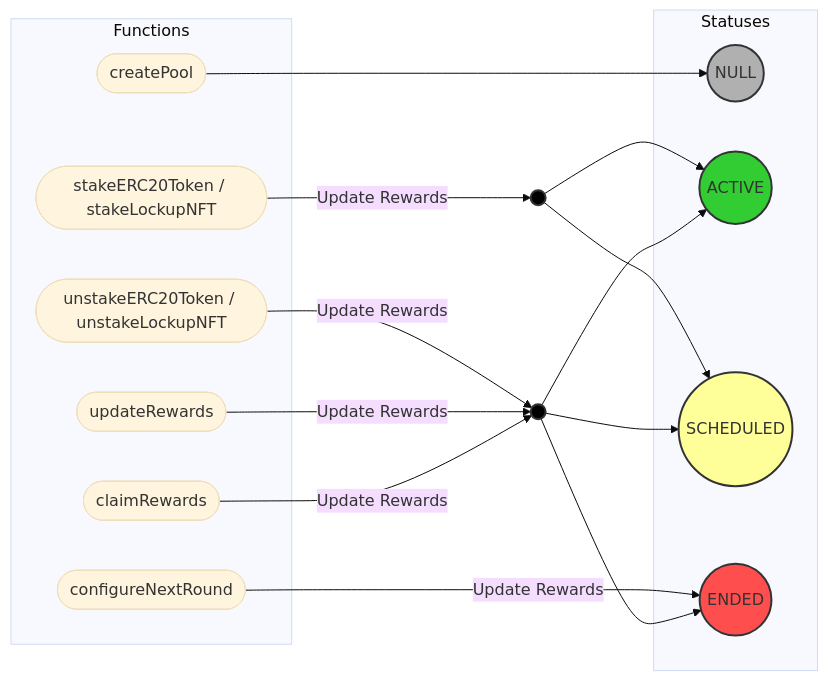
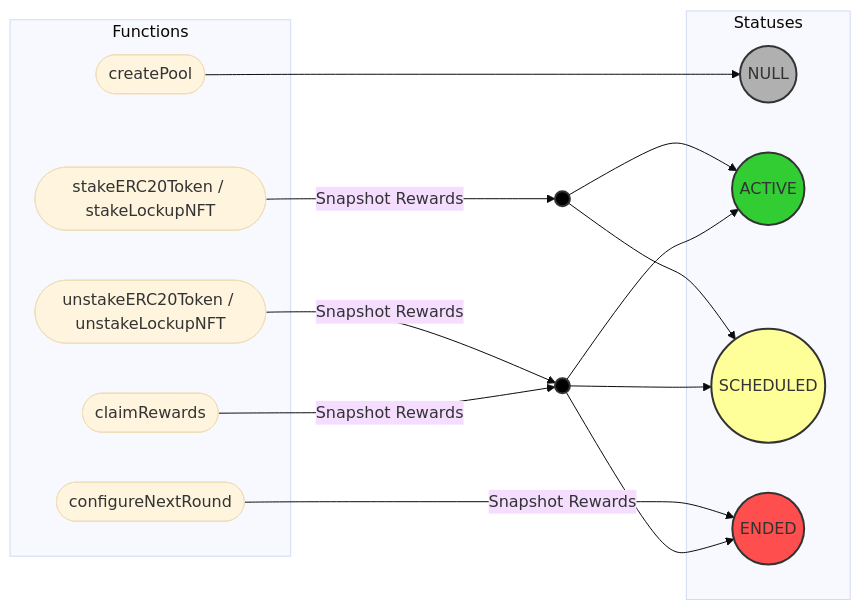
One commit to sablier-labs/staking changed the second of 2 diagrams in ARCHITECTURE.md. Above: the diagram before and after it, drawn with Mermaid (base theme). The commit also changed 58 other files, not shown here.

````diff
--- a/ARCHITECTURE.md
+++ b/ARCHITECTURE.md
@@ -133,42 +133,39 @@
 ```mermaid
 flowchart LR
     subgraph Statuses
         NULL((NULL)):::grey
         ACTIVE((ACTIVE)):::green
         SCHEDULED((SCHEDULED)):::yellow
         ENDED((ENDED)):::red
     end
 
     subgraph Functions
         CLAIM_REWARDS([claimRewards])
         CONFIGURE([configureNextRound])
         CREATE([createPool])
-        SNAPSHOT([updateRewards])
         STAKE([stakeERC20Token / stakeLockupNFT])
         UNSTAKE([unstakeERC20Token / unstakeLockupNFT])
     end
 
     ALL((  )):::black
     AS((  )):::black
 
     classDef black fill:#000000,stroke:#333,stroke-width:2px;
     classDef green fill:#32cd32,stroke:#333,stroke-width:2px;
     classDef grey fill:#b0b0b0,stroke:#333,stroke-width:2px;
     classDef yellow fill:#ffff99,stroke:#333,stroke-width:2px;
     classDef red fill:#ff4e4e,stroke:#333,stroke-width:2px;
 
     ALL --> ACTIVE & SCHEDULED & ENDED
     AS --> ACTIVE & SCHEDULED
 
     CREATE  --> NULL
 
-    CONFIGURE -- "Update Rewards" -->  ENDED
+    CONFIGURE -- "Snapshot Rewards" -->  ENDED
 
-    CLAIM_REWARDS -- "Update Rewards" -->  ALL
+    CLAIM_REWARDS -- "Snapshot Rewards" -->  ALL
 
-    SNAPSHOT -- "Update Rewards" -->  ALL
+    STAKE -- "Snapshot Rewards" -->  AS
 
-    STAKE -- "Update Rewards" -->  AS
-
-    UNSTAKE -- "Update Rewards" -->  ALL
+    UNSTAKE -- "Snapshot Rewards" -->  ALL
 ```
````
